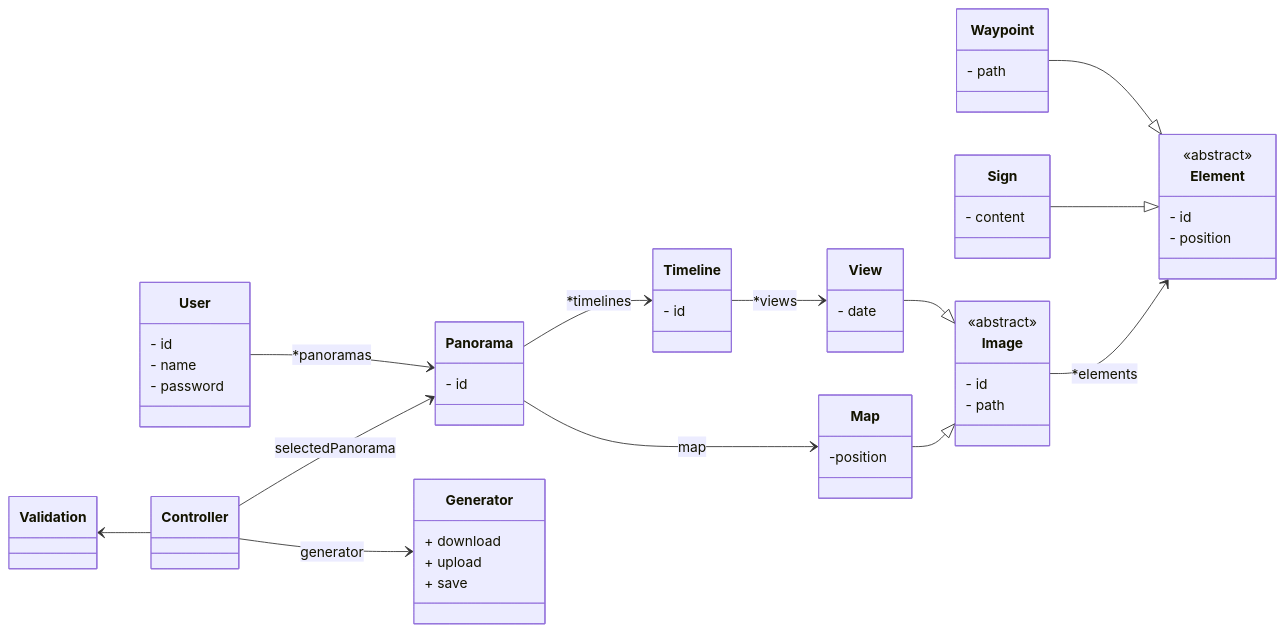
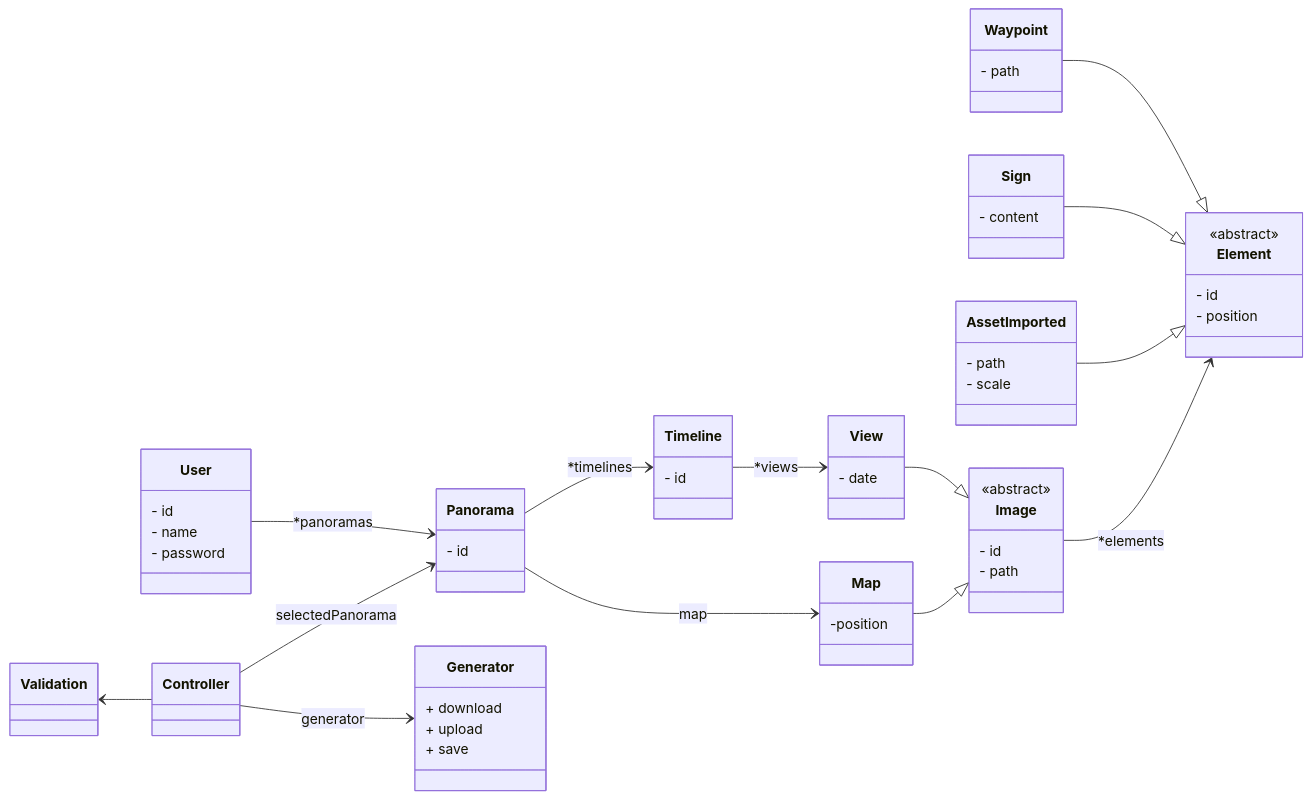
The diagram in Documentation/Diagrams/class-diagram-generator.md (axdelafuen/archivr), drawn with Mermaid before and after one commit.

````diff
--- a/Documentation/Diagrams/class-diagram-generator.md
+++ b/Documentation/Diagrams/class-diagram-generator.md
@@ -1,67 +1,72 @@
 ```mermaid
 classDiagram
 
 direction LR
 
 class Validation
 class Controller
 
 Validation <-- Controller
 
 class User{
     - id
     - name
     - password
 }
 class Panorama{
     - id
 }
 class Image{
     <<abstract>>
     - id
     - path
 }
 class View{
     - date
 }
 class Timeline{
     - id
 }
 class Map{
     -position
 }
 class Element{
     <<abstract>>
     - id
     - position
 }
 class Waypoint{
     - path
 }
 class Sign{
     - content
 }
+class AssetImported{
+    - path
+    - scale
+}
 
 User --> Panorama:*panoramas
 
 View --|> Image
 Map --|> Image
 Waypoint --|> Element
 Sign --|> Element
+AssetImported --|> Element
 
 Image --> Element : *elements
 
 Panorama --> Map: map
 Timeline --> View : *views
 Panorama --> Timeline : *timelines
 
 Controller --> Panorama : selectedPanorama
 
 class Generator{
     + download
     + upload
     + save
 }
 
 Controller --> Generator : generator
 ```
````
